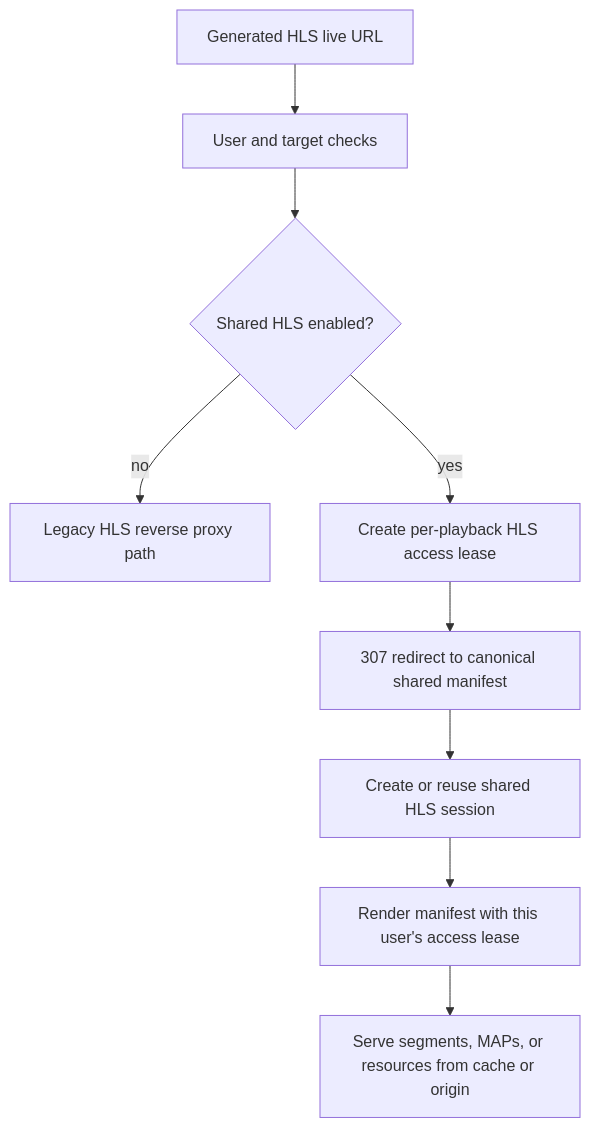
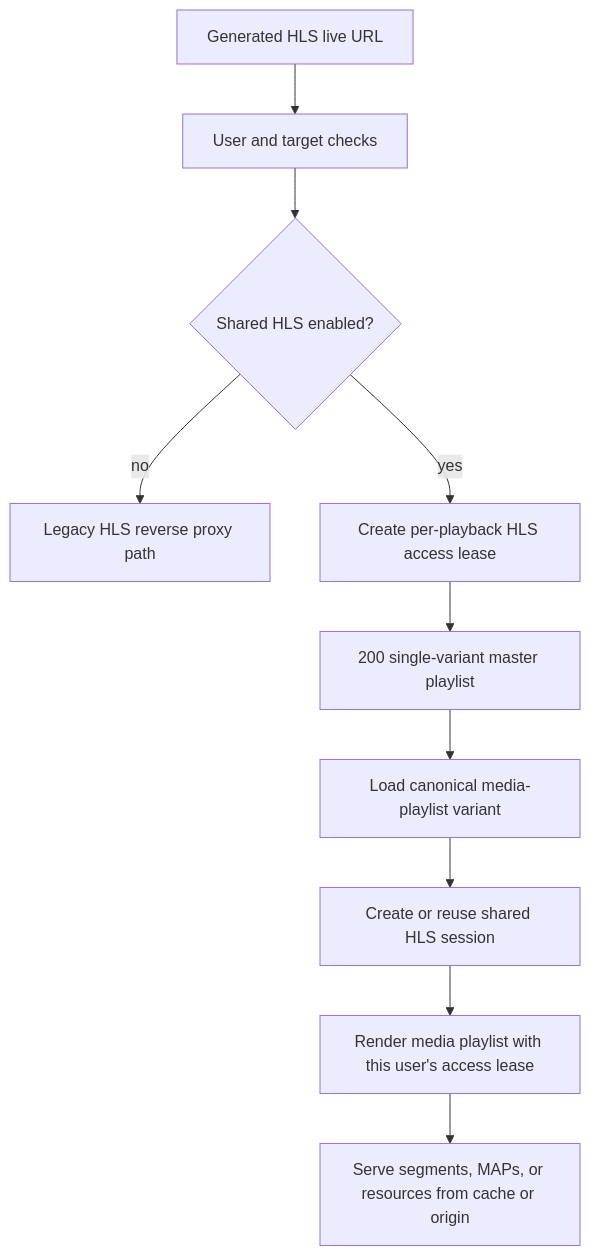
One commit to euzu/tuliprox changed the diagram in docs/src/configuration/shared-hls-sessions.md. Above: the diagram before and after it, drawn with Mermaid. The commit also changed other lines of this file and 93 other files, not shown here.

Commit message:
feat: add shared HLS master playlists and recovery

````diff
--- a/docs/src/configuration/shared-hls-sessions.md
+++ b/docs/src/configuration/shared-hls-sessions.md
@@ -131,11 +132,12 @@
 ```mermaid
 flowchart TD
     A["Generated HLS live URL"] --> B["User and target checks"]
     B --> C{"Shared HLS enabled?"}
     C -->|no| D["Legacy HLS reverse proxy path"]
     C -->|yes| E["Create per-playback HLS access lease"]
-    E --> F["307 redirect to canonical shared manifest"]
-    F --> G["Create or reuse shared HLS session"]
-    G --> H["Render manifest with this user's access lease"]
-    H --> I["Serve segments, MAPs, or resources from cache or origin"]
+    E --> F["200 single-variant master playlist"]
+    F --> G["Load canonical media-playlist variant"]
+    G --> H["Create or reuse shared HLS session"]
+    H --> I["Render media playlist with this user's access lease"]
+    I --> J["Serve segments, MAPs, or resources from cache or origin"]
 ```
````
